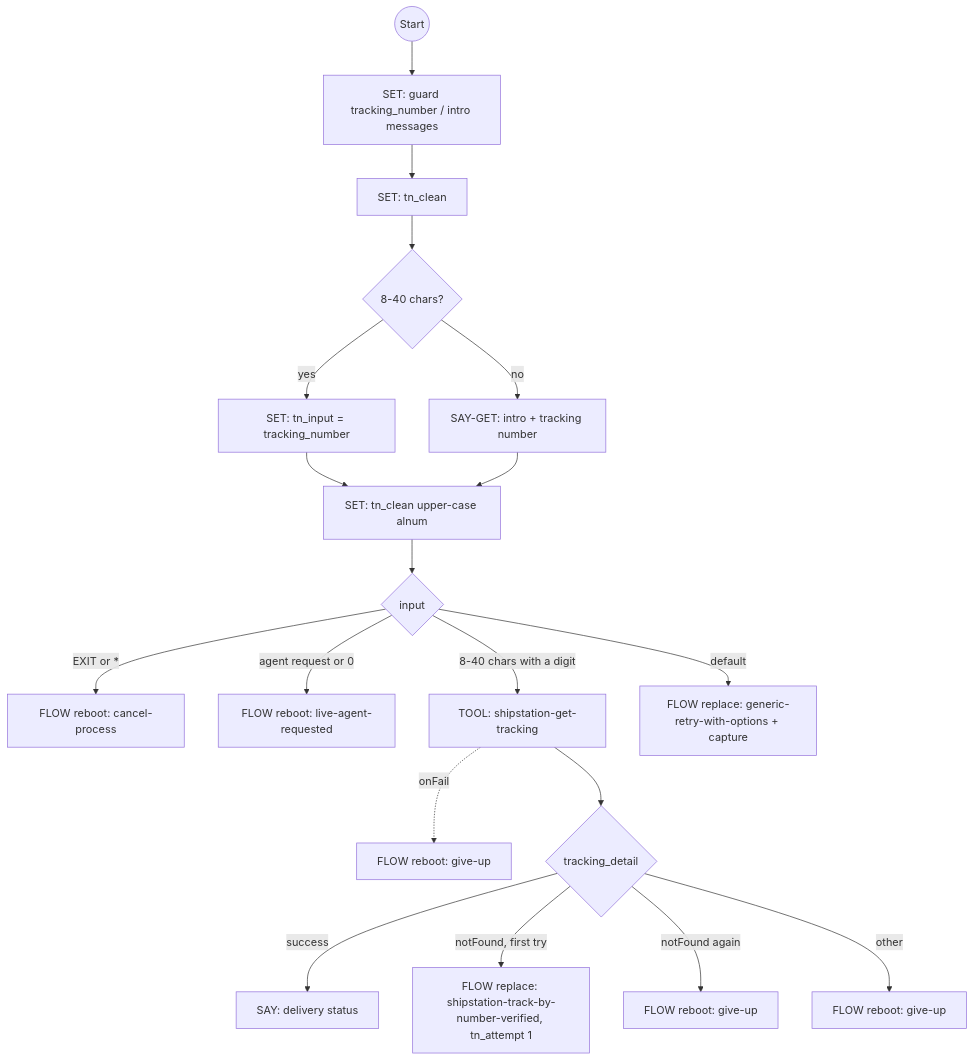
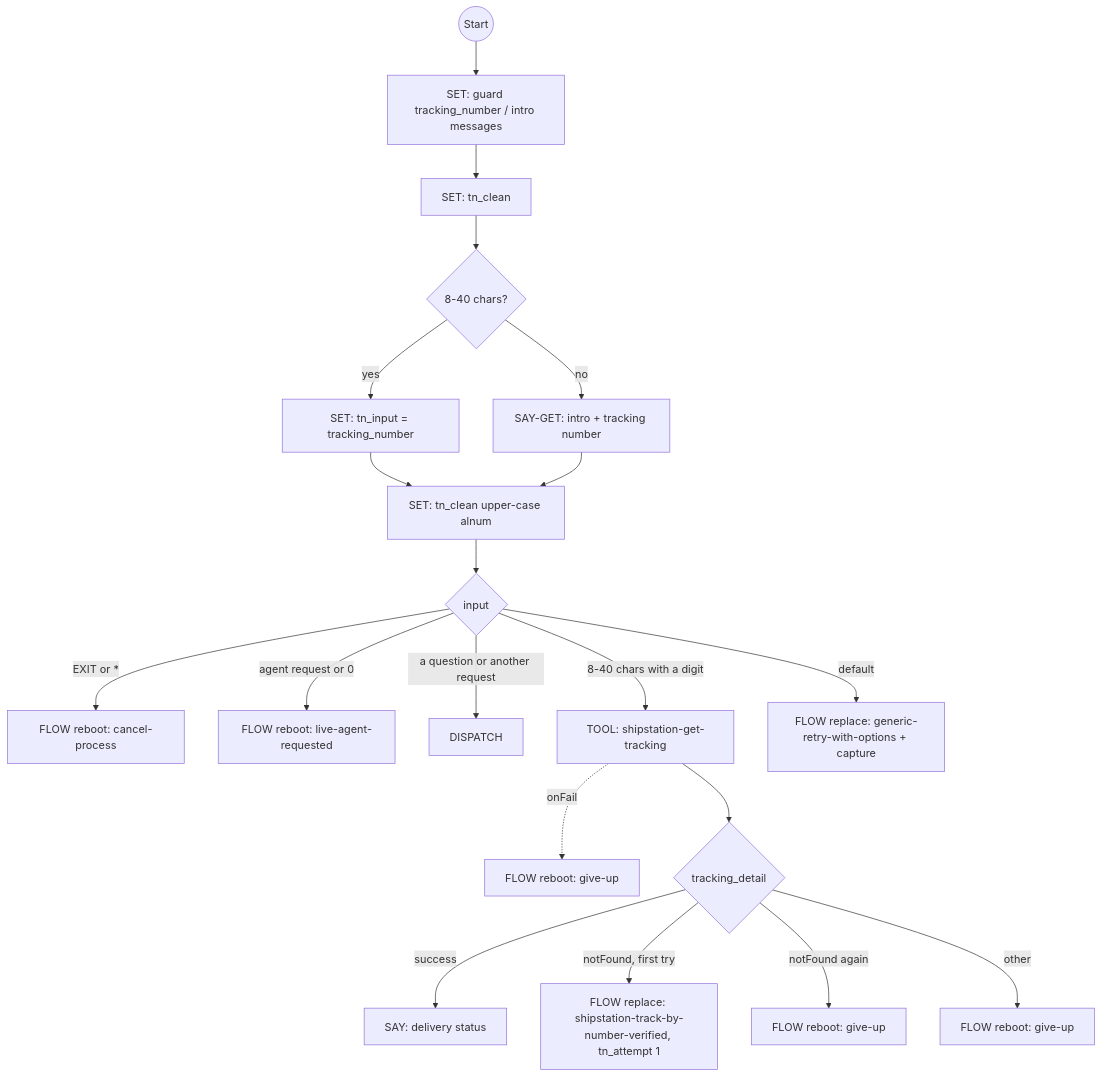
The fifth of 6 diagrams in docs/shopify-flows.md (ronpinkas/jsfe), drawn with Mermaid before and after one commit. The commit also changed other lines of this file and 1 other file, not shown here.

First line of the commit message:
shipstation-track-by-number-verified 1.0.5: a question or another request at the tracking-number question is DISPATCHed, never refused as a bad number; a tracking number said inside a sentence is read from it.

````diff
--- a/docs/shopify-flows.md
+++ b/docs/shopify-flows.md
@@ -324,21 +325,22 @@
 ```mermaid
 graph TD
     start((Start)) --> guards[SET: guard tracking_number / intro messages]
     guards --> clean_param[SET: tn_clean]
     clean_param --> has_param{8-40 chars?}
     has_param -->|yes| use_param[SET: tn_input = tracking_number]
     has_param -->|no| ask_tracking_number[SAY-GET: intro + tracking number]
     use_param --> normalize_input[SET: tn_clean upper-case alnum]
     ask_tracking_number --> normalize_input
     normalize_input --> route_input{input}
     route_input -->|EXIT or *| abort_tracking[FLOW reboot: cancel-process]
     route_input -->|agent request or 0| goto_live_agent[FLOW reboot: live-agent-requested]
+    route_input -->|a question or another request| another_request[DISPATCH]
     route_input -->|8-40 chars with a digit| call_shipstation[TOOL: shipstation-get-tracking]
     route_input -->|default| invalid_tracking_number[FLOW replace: generic-retry-with-options + capture]
     call_shipstation -.->|onFail| shipstation_lookup_failed[FLOW reboot: give-up]
     call_shipstation --> show_result{tracking_detail}
     show_result -->|success| display_tracking[SAY: delivery status]
     show_result -->|notFound, first try| tracking_not_found[FLOW replace: shipstation-track-by-number-verified, tn_attempt 1]
     show_result -->|notFound again| tracking_not_found_again[FLOW reboot: give-up]
     show_result -->|other| tracking_error[FLOW reboot: give-up]
 ```
````
